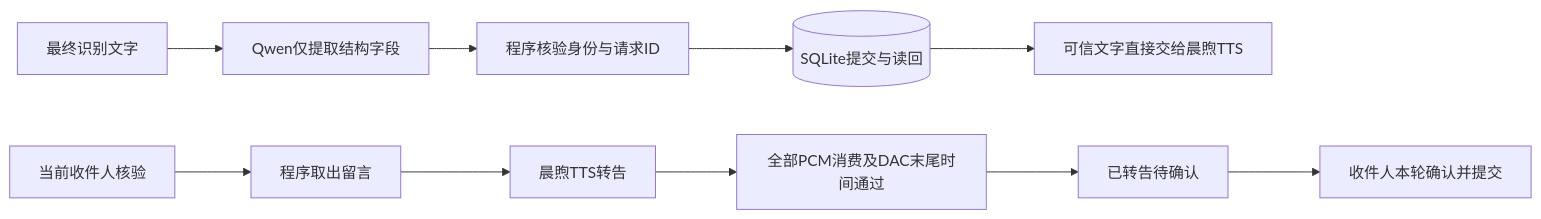
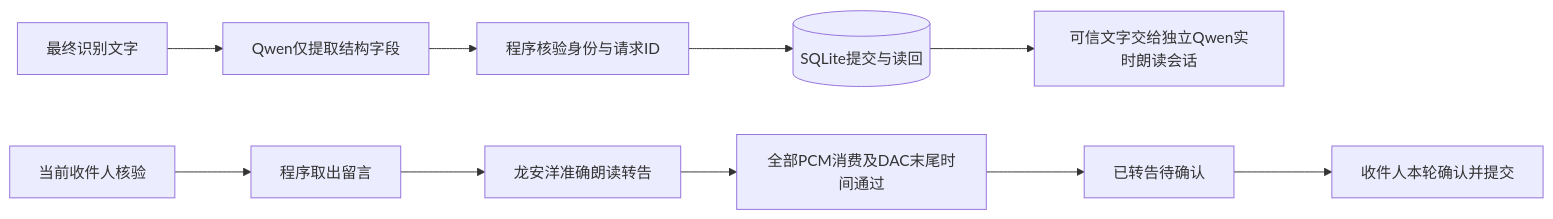
Before and after one commit to adniyanuo-ui/Vivis: the second of 2 diagrams in docs/developer/ROBOT_WORKING_MEMORY.md, drawn with Mermaid. The commit also changed other lines of this file and 17 other files, not shown here.

````diff
--- a/docs/developer/ROBOT_WORKING_MEMORY.md
+++ b/docs/developer/ROBOT_WORKING_MEMORY.md
@@ -191,12 +191,12 @@
 ```mermaid
 flowchart LR
     A[最终识别文字] --> B[Qwen仅提取结构字段]
     B --> C[程序核验身份与请求ID]
     C --> D[(SQLite提交与读回)]
-    D --> E[可信文字直接交给晨煦TTS]
+    D --> E[可信文字交给独立Qwen实时朗读会话]
     F[当前收件人核验] --> G[程序取出留言]
-    G --> H[晨煦TTS转告]
+    G --> H[龙安洋准确朗读转告]
     H --> I[全部PCM消费及DAC末尾时间通过]
     I --> J[已转告待确认]
     J --> K[收件人本轮确认并提交]
 ```
````
